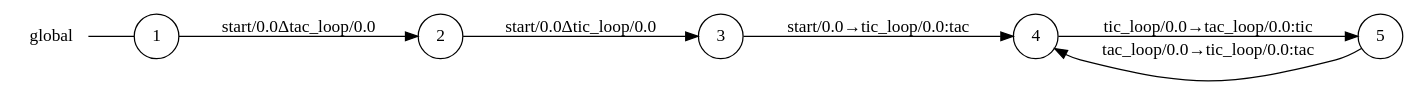
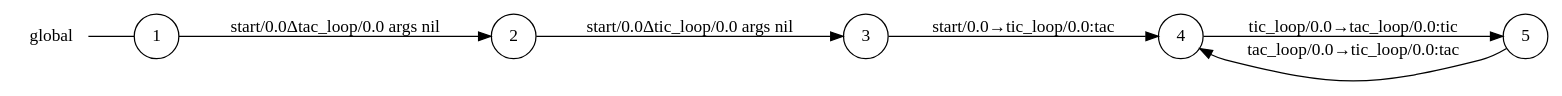
One commit to gabrielegenovese/chorer changed the diagram in examples/ticktackloop/start_0_global_view.dot. Above: the diagram before and after it, drawn with Graphviz. The commit also changed 78 other files, not shown here.

```diff
--- a/examples/ticktackloop/start_0_global_view.dot
+++ b/examples/ticktackloop/start_0_global_view.dot
@@ -1,16 +1,16 @@
 digraph global {
 	rankdir="LR";
 	n_0 [label="global", shape="plaintext"];
 	n_1 [id="5", shape=circle, label="5"];
 	n_2 [id="1", shape=circle, label="1"];
 	n_0 -> n_2 [arrowhead=none];
 	n_3 [id="2", shape=circle, label="2"];
 	n_4 [id="4", shape=circle, label="4"];
 	n_5 [id="3", shape=circle, label="3"];
 
+	n_2 -> n_3 [id="[$e|0]", label="start/0.0Δtac_loop/0.0 args nil"];
+	n_5 -> n_4 [id="[$e|2]", label="start/0.0→tic_loop/0.0:tac"];
 	n_4 -> n_1 [id="[$e|3]", label="tic_loop/0.0→tac_loop/0.0:tic"];
-	n_5 -> n_4 [id="[$e|2]", label="start/0.0→tic_loop/0.0:tac"];
-	n_3 -> n_5 [id="[$e|1]", label="start/0.0Δtic_loop/0.0"];
+	n_3 -> n_5 [id="[$e|1]", label="start/0.0Δtic_loop/0.0 args nil"];
 	n_1 -> n_4 [id="[$e|4]", label="tac_loop/0.0→tic_loop/0.0:tac"];
-	n_2 -> n_3 [id="[$e|0]", label="start/0.0Δtac_loop/0.0"];
 }
```
